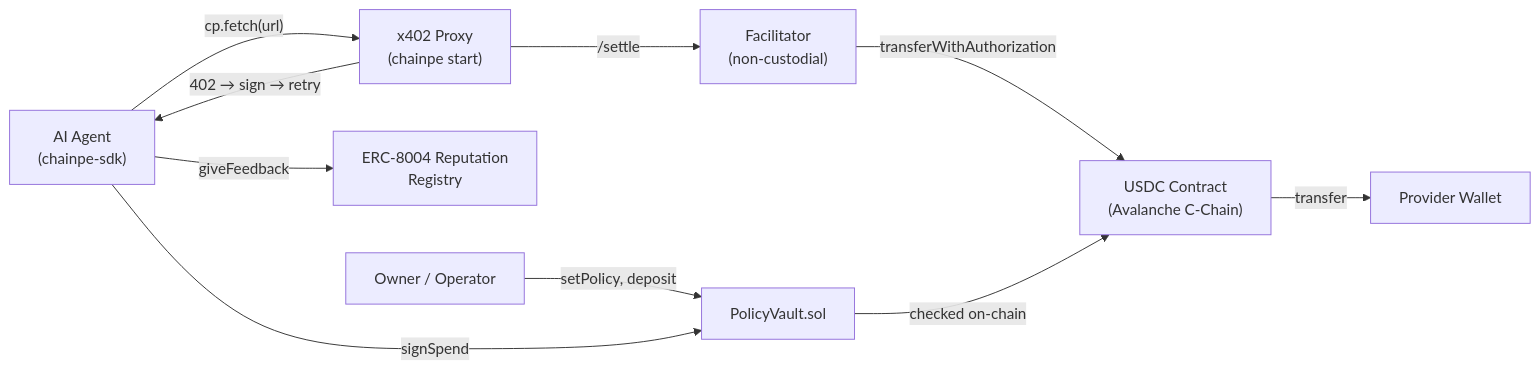
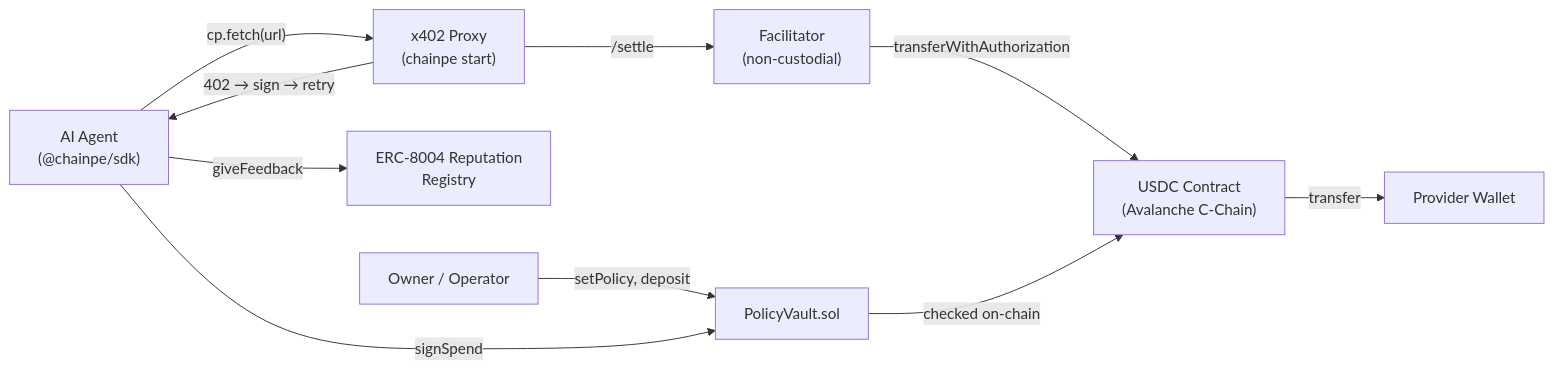
Before and after one commit to SamyaDeb/ChainPe: the diagram in apps/landing/content/docs/concepts/overview.md, drawn with Mermaid. The commit also changed 34 other files, not shown here.

````diff
--- a/apps/landing/content/docs/concepts/overview.md
+++ b/apps/landing/content/docs/concepts/overview.md
@@ -30,12 +30,12 @@
 ```mermaid
 graph LR
-    Agent["AI Agent\n(chainpe-sdk)"] -->|"cp.fetch(url)"| Proxy["x402 Proxy\n(chainpe start)"]
+    Agent["AI Agent\n(@chainpe/sdk)"] -->|"cp.fetch(url)"| Proxy["x402 Proxy\n(chainpe start)"]
     Proxy -->|"402 → sign → retry"| Agent
     Proxy -->|"/settle"| Fac["Facilitator\n(non-custodial)"]
     Fac -->|"transferWithAuthorization"| USDC["USDC Contract\n(Avalanche C-Chain)"]
     USDC -->|"transfer"| Provider["Provider Wallet"]
     Agent -->|"giveFeedback"| Rep["ERC-8004 Reputation\nRegistry"]
     Owner["Owner / Operator"] -->|"setPolicy, deposit"| PV["PolicyVault.sol"]
     Agent -->|"signSpend"| PV
     PV -->|"checked on-chain"| USDC
 ```
````
